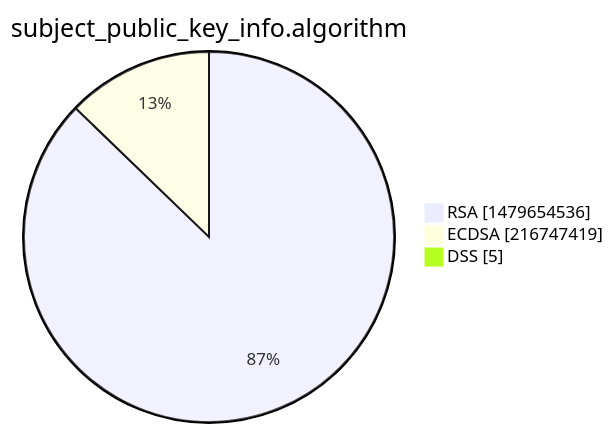
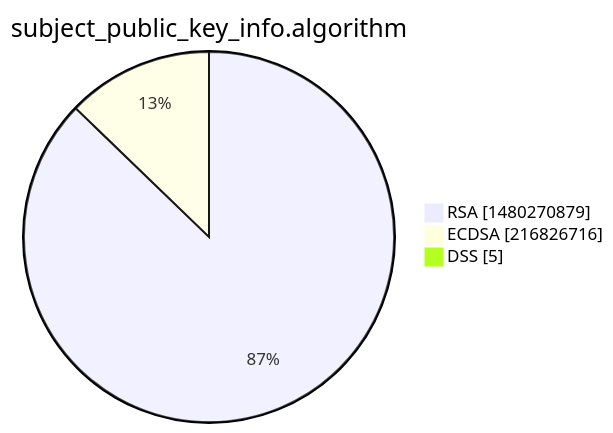
The third of 15 diagrams in xenon2022/README.md (christiankrug/ctmonitor_visualization), drawn with Mermaid before and after one commit. The commit also changed other lines of this file, not shown here.

````diff
--- a/xenon2022/README.md
+++ b/xenon2022/README.md
@@ -14,7 +14,7 @@
 ```mermaid
 pie showData
 title subject_public_key_info.algorithm
-"RSA" :1479654536
-"ECDSA" :216747419
+"RSA" :1480270879
+"ECDSA" :216826716
 "DSS" :5
 ```
````
